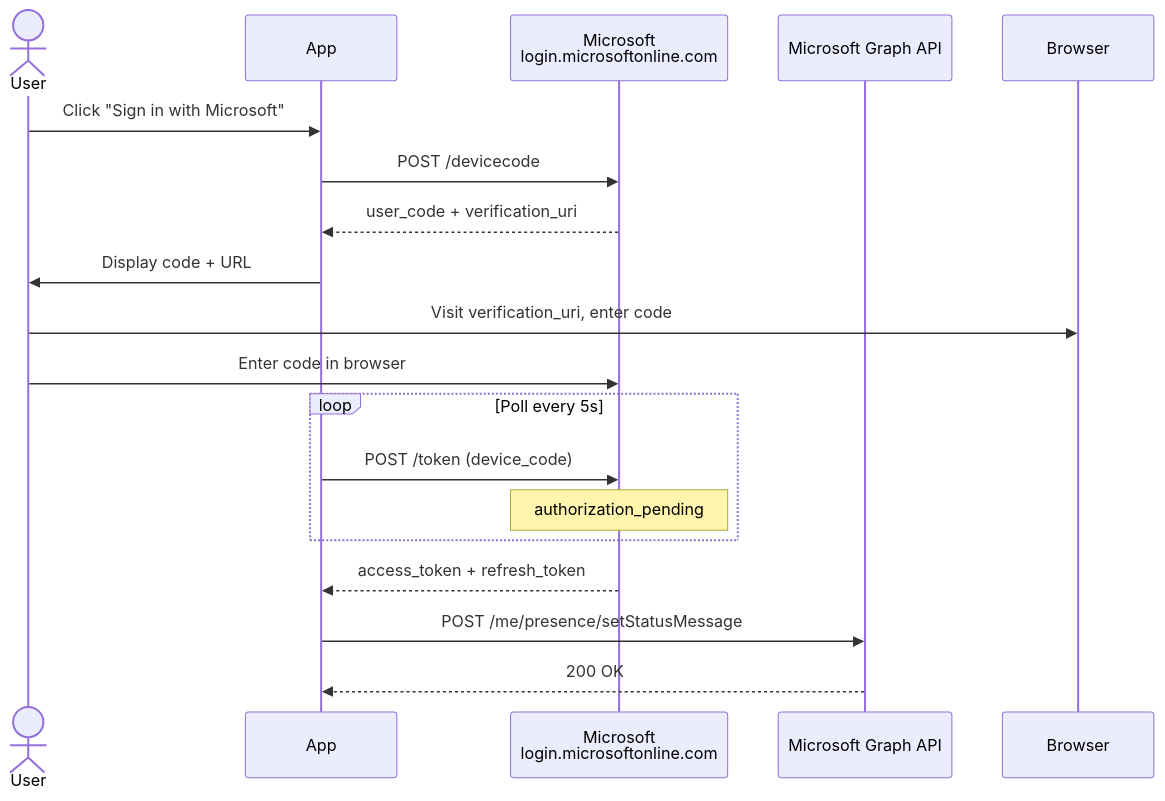
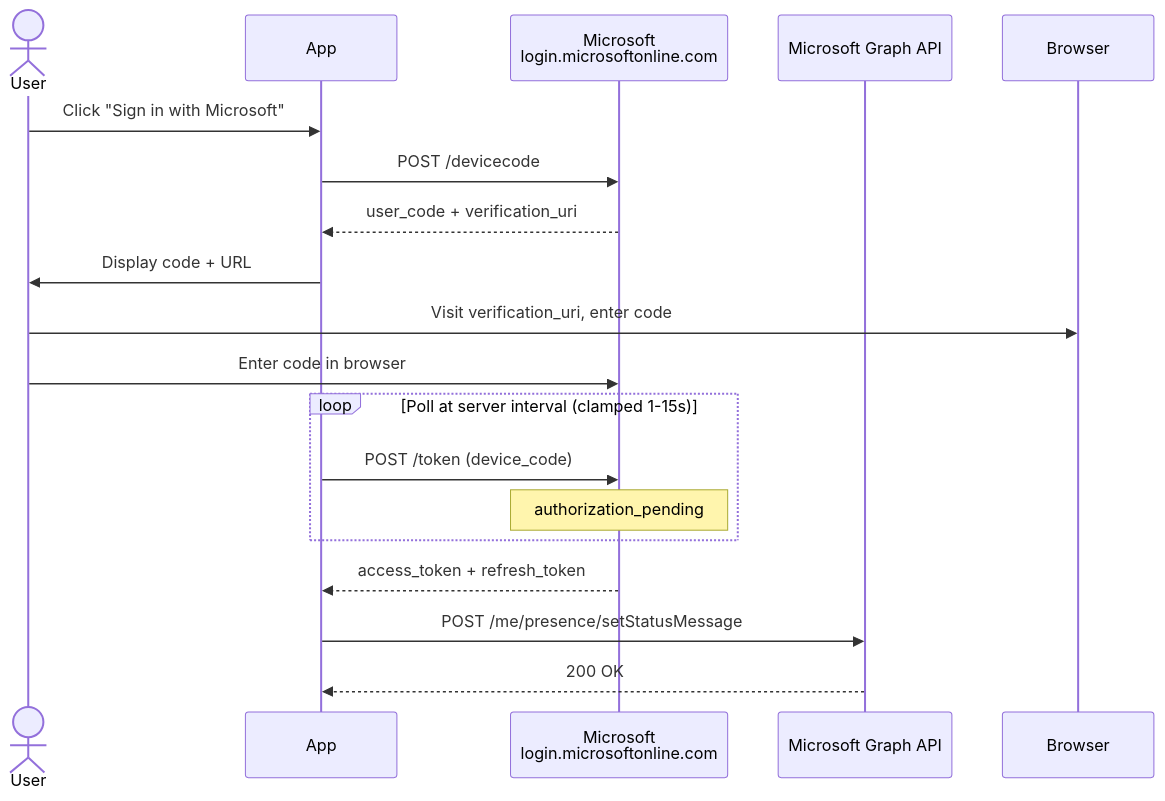
One commit to Carme99/PresenceJam-Desktop changed the fourth of 8 diagrams in ARCHITECTURE.md. Above: the diagram before and after it, drawn with Mermaid. The commit also changed other lines of this file and 5 other files, not shown here.

````diff
--- a/ARCHITECTURE.md
+++ b/ARCHITECTURE.md
@@ -298,21 +298,21 @@
 ```mermaid
 sequenceDiagram
     actor User
     participant App
     participant Microsoft as Microsoft<br/>login.microsoftonline.com
     participant Teams as Microsoft Graph API
 
     User->>App: Click "Sign in with Microsoft"
     App->>Microsoft: POST /devicecode
     Microsoft-->>App: user_code + verification_uri
     App->>User: Display code + URL
     User->>Browser: Visit verification_uri, enter code
     User->>Microsoft: Enter code in browser
-    loop Poll every 5s
+    loop Poll at server interval (clamped 1-15s)
         App->>Microsoft: POST /token (device_code)
         Note over Microsoft: authorization_pending
     end
     Microsoft-->>App: access_token + refresh_token
     App->>Teams: POST /me/presence/setStatusMessage
     Teams-->>App: 200 OK
 ```
````
